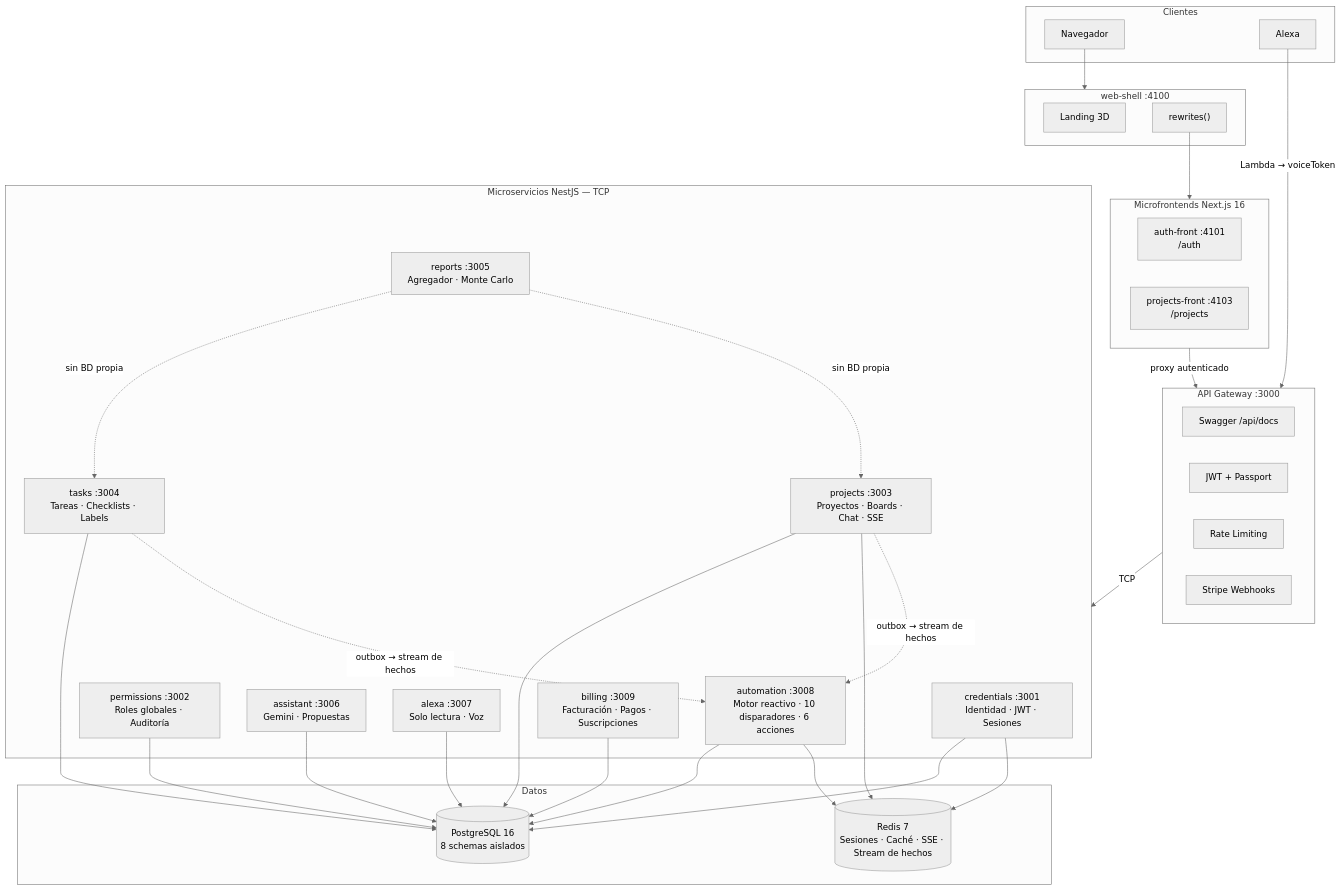
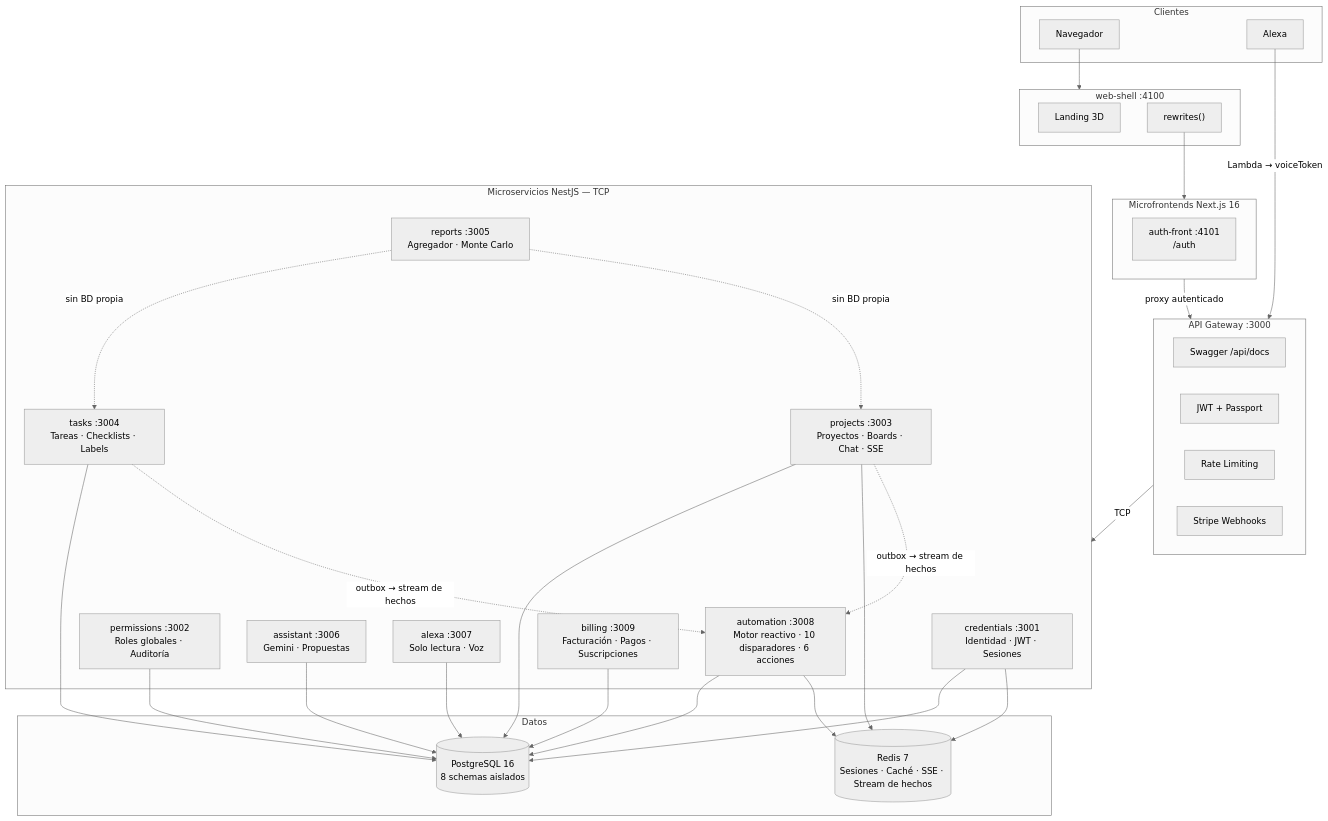
The diagram in README.md (Ander-tsx/PRAXIS), drawn with Mermaid (neutral theme) before and after one commit. The commit also changed other lines of this file and 171 other files, not shown here.

````diff
--- a/README.md
+++ b/README.md
@@ -62,51 +62,50 @@
 ```mermaid
 flowchart TB
     subgraph Clientes
         Browser["Navegador"]
         AlexaDevice["Alexa"]
     end
 
     subgraph shell["web-shell :4100"]
         Landing["Landing 3D"]
         Rewrites["rewrites()"]
     end
 
     subgraph zones["Microfrontends Next.js 16"]
         Auth["auth-front :4101\n/auth"]
-        Proj["projects-front :4103\n/projects"]
     end
 
     subgraph gw["API Gateway :3000"]
         Swagger["Swagger /api/docs"]
         JWT["JWT + Passport"]
         Throttle["Rate Limiting"]
         StripeWH["Stripe Webhooks"]
     end
 
     subgraph services["Microservicios NestJS — TCP"]
         Cred["credentials :3001\nIdentidad · JWT · Sesiones"]
         Perm["permissions :3002\nRoles globales · Auditoría"]
         ProjS["projects :3003\nProyectos · Boards · Chat · SSE"]
         Task["tasks :3004\nTareas · Checklists · Labels"]
         RepS["reports :3005\nAgregador · Monte Carlo"]
         Asst["assistant :3006\nGemini · Propuestas"]
         Alex["alexa :3007\nSolo lectura · Voz"]
         Automation["automation :3008\nMotor reactivo · 10 disparadores · 6 acciones"]
         Bill["billing :3009\nFacturación · Pagos · Suscripciones"]
     end
 
     subgraph data["Datos"]
         PG[("PostgreSQL 16\n8 schemas aislados")]
         Redis[("Redis 7\nSesiones · Caché · SSE · Stream de hechos")]
     end
 
     Browser --> shell
     Rewrites --> zones
     zones -->|proxy autenticado| gw
     AlexaDevice -->|Lambda → voiceToken| gw
     gw -->|TCP| services
     Cred & Perm & ProjS & Task & Alex & Asst & Automation & Bill --> PG
     RepS -.->|"sin BD propia"| Task & ProjS
     Cred & ProjS & Automation --> Redis
     Task & ProjS -.->|"outbox → stream de hechos"| Automation
 ```
````
